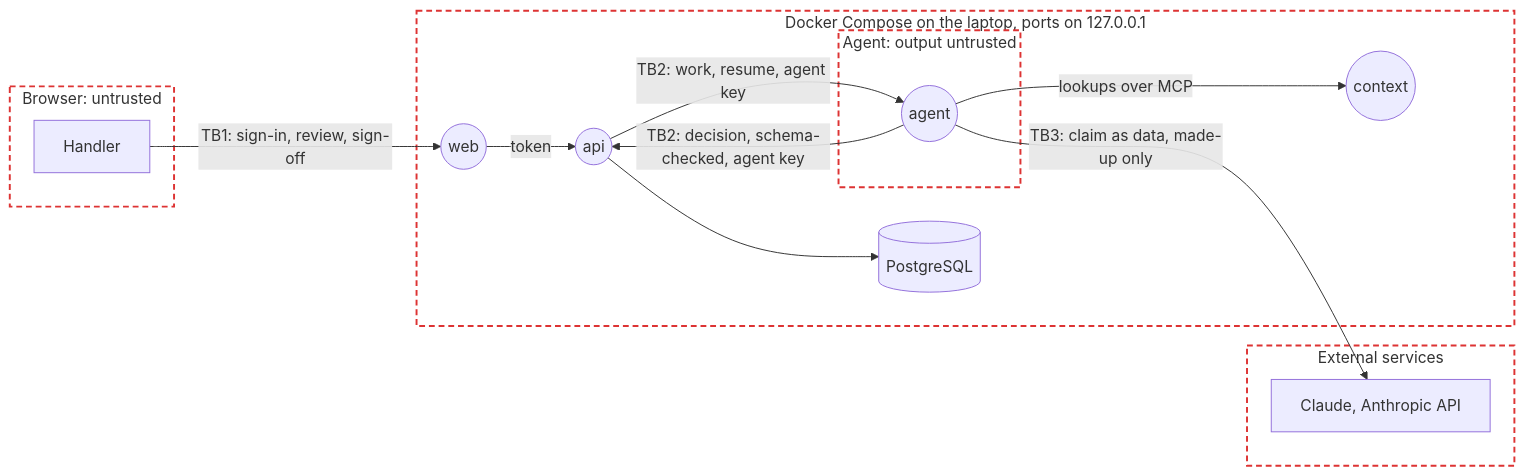
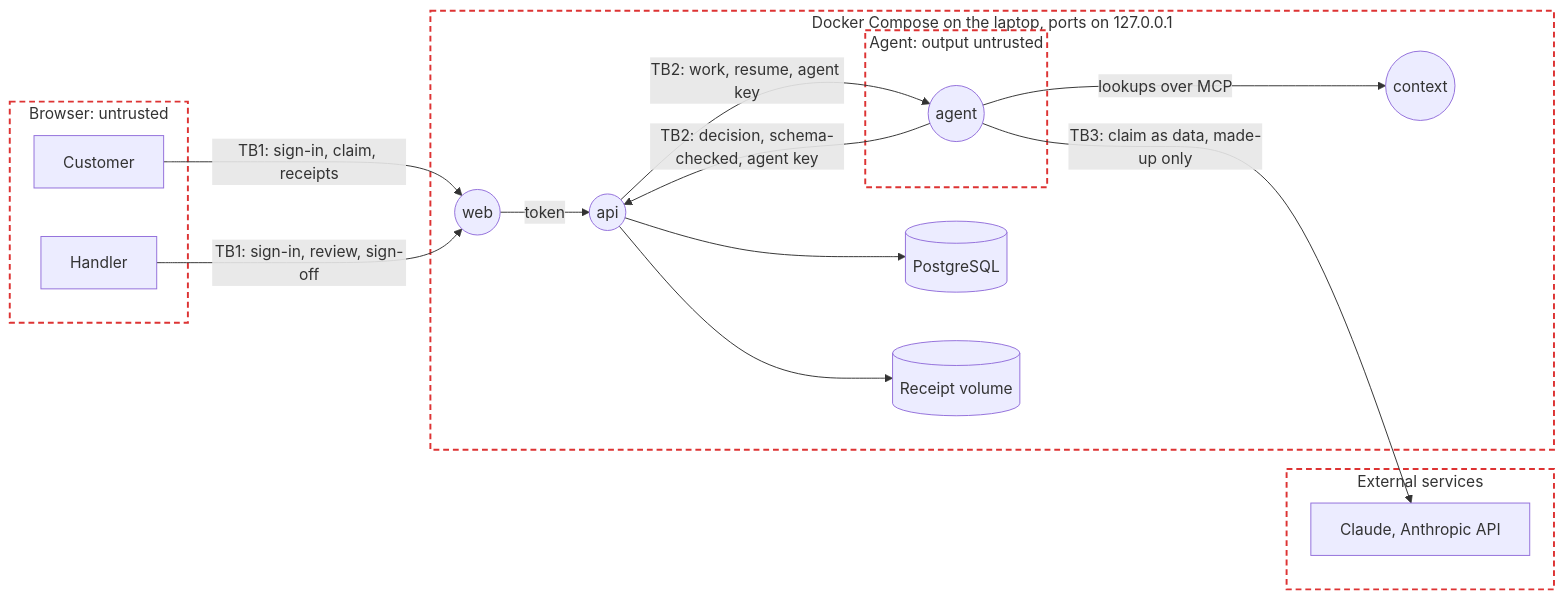
Before and after one commit to euginevd/travel-claims: the diagram in docs/threat-model.md, drawn with Mermaid. The commit also changed other lines of this file and 67 other files, not shown here.

Commit message:
Add the customer portal with receipts, a logo and a new landing page

````diff
--- a/docs/threat-model.md
+++ b/docs/threat-model.md
@@ -7,27 +7,31 @@
 ```mermaid
 flowchart LR
   subgraph browser ["Browser: untrusted"]
+    customer[Customer]
     handler[Handler]
   end
   subgraph laptop ["Docker Compose on the laptop, ports on 127.0.0.1"]
     web((web))
     api((api))
     db[(PostgreSQL)]
+    receipts[(Receipt volume)]
     context((context))
     subgraph agentzone ["Agent: output untrusted"]
       agent((agent))
     end
   end
   subgraph third ["External services"]
     anthropic[Claude, Anthropic API]
   end
+  customer -- "TB1: sign-in, claim, receipts" --> web
   handler -- "TB1: sign-in, review, sign-off" --> web
   web -- "token" --> api
   api --> db
+  api --> receipts
   api -- "TB2: work, resume, agent key" --> agent
   agent -- "TB2: decision, schema-checked, agent key" --> api
   agent -- "lookups over MCP" --> context
   agent -- "TB3: claim as data, made-up only" --> anthropic
   classDef boundary fill:none,stroke:#d33,stroke-width:2px,stroke-dasharray:6 4
   class browser,laptop,agentzone,third boundary
 ```
````
